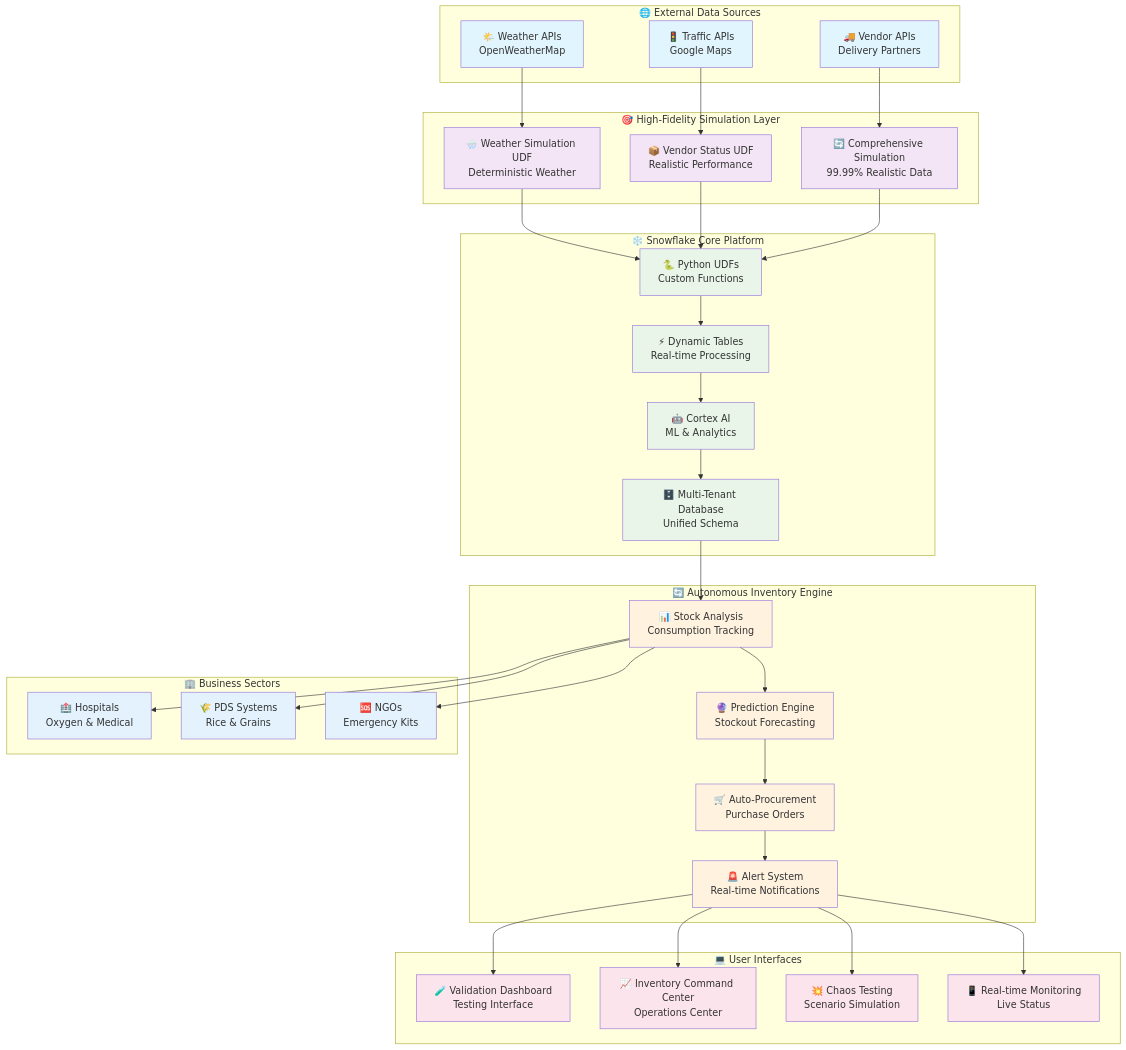
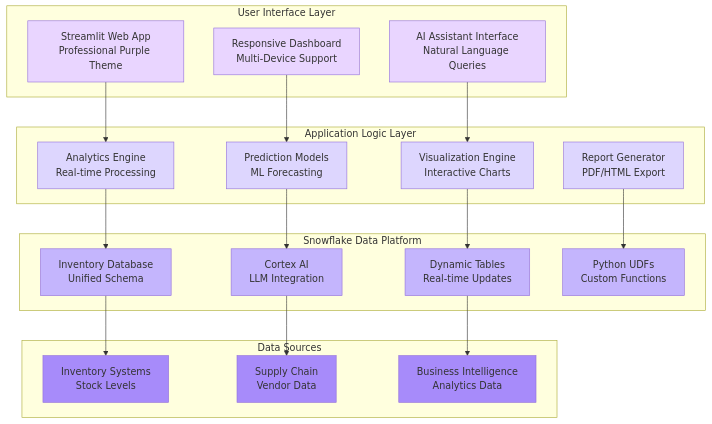
Before and after one commit to Yasmeen-MS/InventoryQ-OS: the diagram in README.md, drawn with Mermaid. The commit also changed other lines of this file and 21 other files, not shown here.

````diff
--- a/README.md
+++ b/README.md
@@ -129,84 +65,54 @@
 ```mermaid
 graph TB
-    subgraph "🌐 External Data Sources"
-        A[🌤️ Weather APIs<br/>OpenWeatherMap]
-        B[🚦 Traffic APIs<br/>Google Maps]
-        C[🚚 Vendor APIs<br/>Delivery Partners]
+    subgraph "User Interface Layer"
+        A[Streamlit Web App<br/>Professional Purple Theme]
+        B[Responsive Dashboard<br/>Multi-Device Support]
+        C[AI Assistant Interface<br/>Natural Language Queries]
     end
     
-    subgraph "🎯 High-Fidelity Simulation Layer"
-        D[🌧️ Weather Simulation UDF<br/>Deterministic Weather]
-        E[📦 Vendor Status UDF<br/>Realistic Performance]
-        F[🔄 Comprehensive Simulation<br/>99.99% Realistic Data]
+    subgraph "Application Logic Layer"
+        D[Analytics Engine<br/>Real-time Processing]
+        E[Prediction Models<br/>ML Forecasting]
+        F[Visualization Engine<br/>Interactive Charts]
+        G[Report Generator<br/>PDF/HTML Export]
     end
     
-    subgraph "❄️ Snowflake Core Platform"
-        G[🐍 Python UDFs<br/>Custom Functions]
-        H[⚡ Dynamic Tables<br/>Real-time Processing]
-        I[🤖 Cortex AI<br/>ML & Analytics]
-        J[🗄️ Multi-Tenant Database<br/>Unified Schema]
+    subgraph "Snowflake Data Platform"
+        H[Inventory Database<br/>Unified Schema]
+        I[Cortex AI<br/>LLM Integration]
+        J[Dynamic Tables<br/>Real-time Updates]
+        K[Python UDFs<br/>Custom Functions]
     end
     
-    subgraph "🔄 Autonomous Inventory Engine"
-        K[📊 Stock Analysis<br/>Consumption Tracking]
-        L[🔮 Prediction Engine<br/>Stockout Forecasting]
-        M[🛒 Auto-Procurement<br/>Purchase Orders]
-        N[🚨 Alert System<br/>Real-time Notifications]
-    end
-    
-    subgraph "💻 User Interfaces"
-        O[🧪 Validation Dashboard<br/>Testing Interface]
-        P[📈 Inventory Command Center<br/>Operations Center]
-        Q[💥 Chaos Testing<br/>Scenario Simulation]
-        R[📱 Real-time Monitoring<br/>Live Status]
-    end
-    
-    subgraph "🏢 Business Sectors"
-        S[🏥 Hospitals<br/>Oxygen & Medical]
-        T[🌾 PDS Systems<br/>Rice & Grains]
-        U[🆘 NGOs<br/>Emergency Kits]
+    subgraph "Data Sources"
+        L[Inventory Systems<br/>Stock Levels]
+        M[Supply Chain<br/>Vendor Data]
+        N[Business Intelligence<br/>Analytics Data]
     end
     
     A --> D
     B --> E
     C --> F
-    D --> G
-    E --> G
-    F --> G
-    G --> H
-    H --> I
-    I --> J
-    J --> K
-    K --> L
-    L --> M
-    M --> N
-    N --> O
-    N --> P
-    N --> Q
-    N --> R
-    K --> S
-    K --> T
-    K --> U
+    D --> H
+    E --> I
+    F --> J
+    G --> K
+    H --> L
+    I --> M
+    J --> N
     
-    style A fill:#e1f5fe
-    style B fill:#e1f5fe
-    style C fill:#e1f5fe
-    style D fill:#f3e5f5
-    style E fill:#f3e5f5
-    style F fill:#f3e5f5
-    style G fill:#e8f5e8
-    style H fill:#e8f5e8
-    style I fill:#e8f5e8
-    style J fill:#e8f5e8
-    style K fill:#fff3e0
-    style L fill:#fff3e0
-    style M fill:#fff3e0
-    style N fill:#fff3e0
-    style O fill:#fce4ec
-    style P fill:#fce4ec
-    style Q fill:#fce4ec
-    style R fill:#fce4ec
-    style S fill:#e3f2fd
-    style T fill:#e3f2fd
-    style U fill:#e3f2fd
+    style A fill:#e9d5ff
+    style B fill:#e9d5ff
+    style C fill:#e9d5ff
+    style D fill:#ddd6fe
+    style E fill:#ddd6fe
+    style F fill:#ddd6fe
+    style G fill:#ddd6fe
+    style H fill:#c4b5fd
+    style I fill:#c4b5fd
+    style J fill:#c4b5fd
+    style K fill:#c4b5fd
+    style L fill:#a78bfa
+    style M fill:#a78bfa
+    style N fill:#a78bfa
 ```
````
